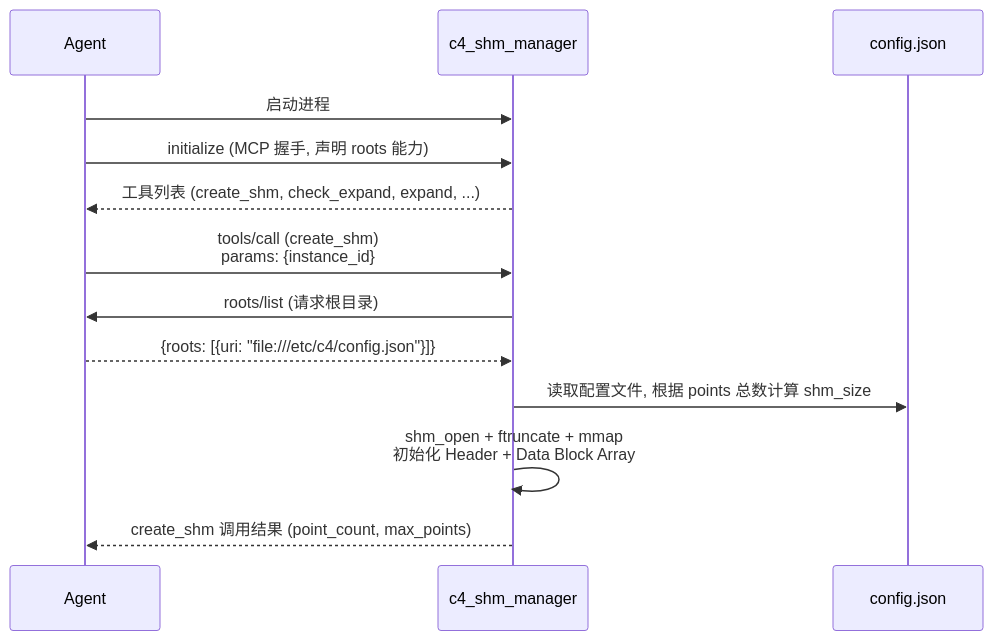
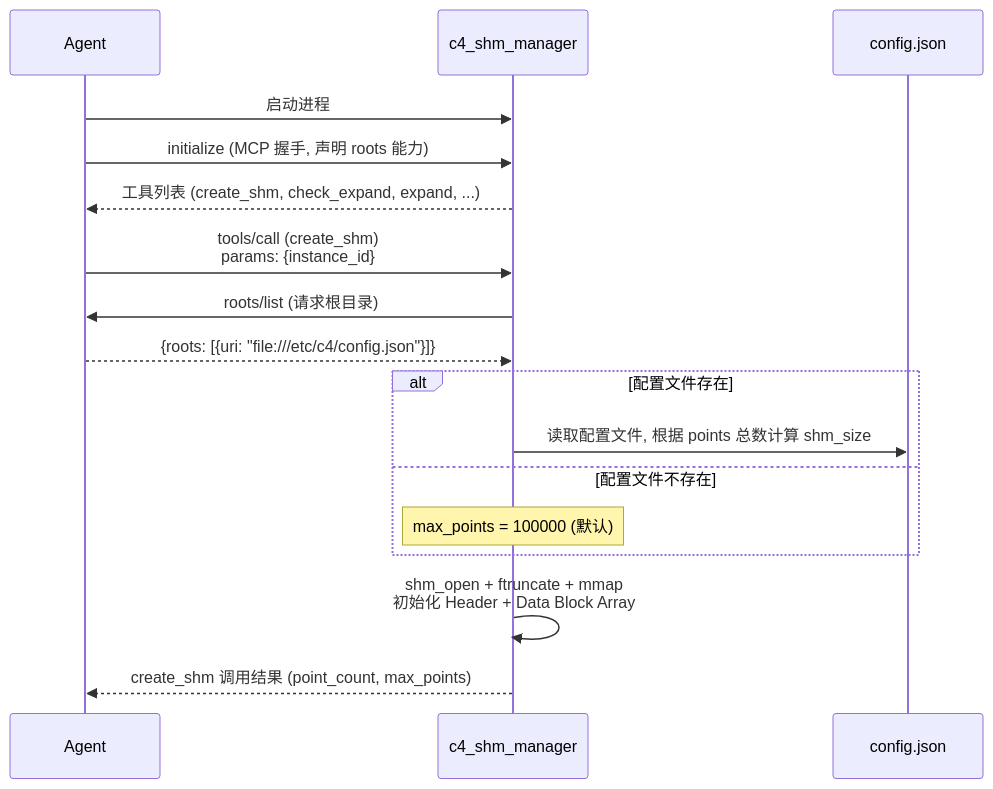
Before and after one commit to activesys/c4: diagram 11 of 16 in docs/design/c4_architecture.md, drawn with Mermaid. The commit also changed other lines of this file and 12 other files, not shown here.

````diff
--- a/docs/design/c4_architecture.md
+++ b/docs/design/c4_architecture.md
@@ -1298,18 +1309,22 @@
 ```mermaid
 sequenceDiagram
     participant A as Agent
     participant S as c4_shm_manager
     participant FS as config.json
 
     A->>S: 启动进程
     A->>S: initialize (MCP 握手, 声明 roots 能力)
     S-->>A: 工具列表 (create_shm, check_expand, expand, ...)
 
     A->>S: tools/call (create_shm)<br/>params: {instance_id}
     S->>A: roots/list (请求根目录)
     A-->>S: {roots: [{uri: "file:///etc/c4/config.json"}]}
 
-    S->>FS: 读取配置文件, 根据 points 总数计算 shm_size
+    alt 配置文件存在
+        S->>FS: 读取配置文件, 根据 points 总数计算 shm_size
+    else 配置文件不存在
+        Note over S: max_points = 100000 (默认)
+    end
     S->>S: shm_open + ftruncate + mmap<br/>初始化 Header + Data Block Array
     S-->>A: create_shm 调用结果 (point_count, max_points)
 ```
````
